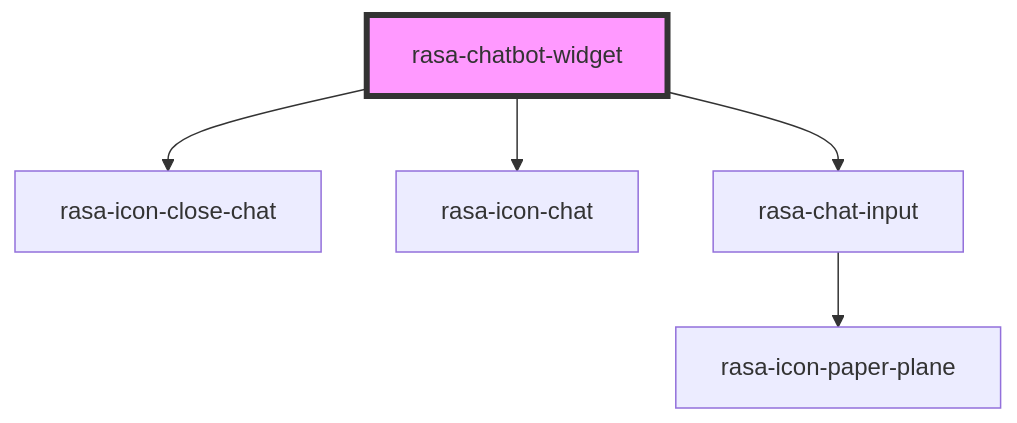
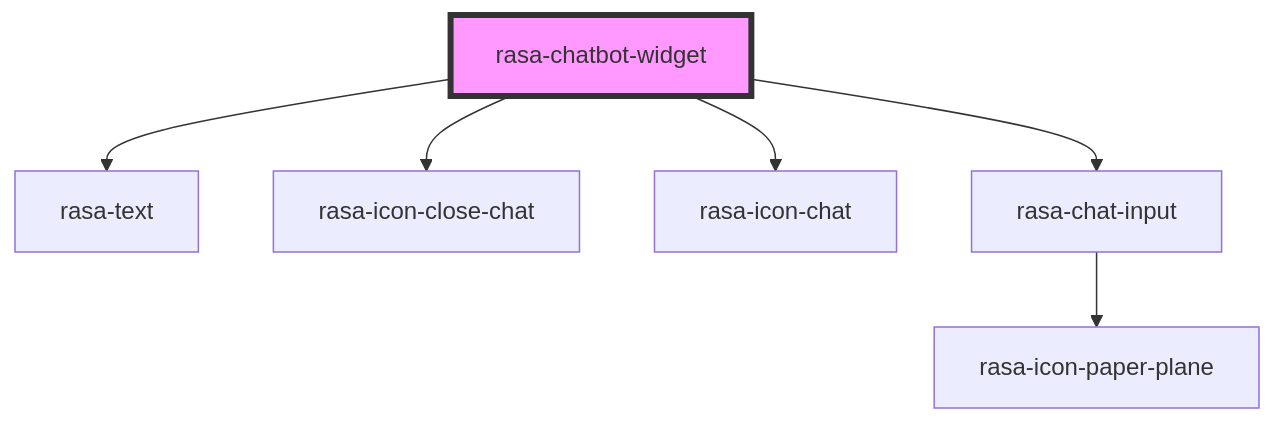
One commit to RasaHQ/chat-widget changed the diagram in packages/web-component/src/rasa-chatbot-widget/readme.md. Above: the diagram before and after it, drawn with Mermaid. The commit also changed other lines of this file and 13 other files, not shown here.

````diff
--- a/packages/web-component/src/rasa-chatbot-widget/readme.md
+++ b/packages/web-component/src/rasa-chatbot-widget/readme.md
@@ -24,8 +25,9 @@
 ```mermaid
 graph TD;
+  rasa-chatbot-widget --> rasa-text
   rasa-chatbot-widget --> rasa-icon-close-chat
   rasa-chatbot-widget --> rasa-icon-chat
   rasa-chatbot-widget --> rasa-chat-input
   rasa-chat-input --> rasa-icon-paper-plane
   style rasa-chatbot-widget fill:#f9f,stroke:#333,stroke-width:4px
 ```
````
